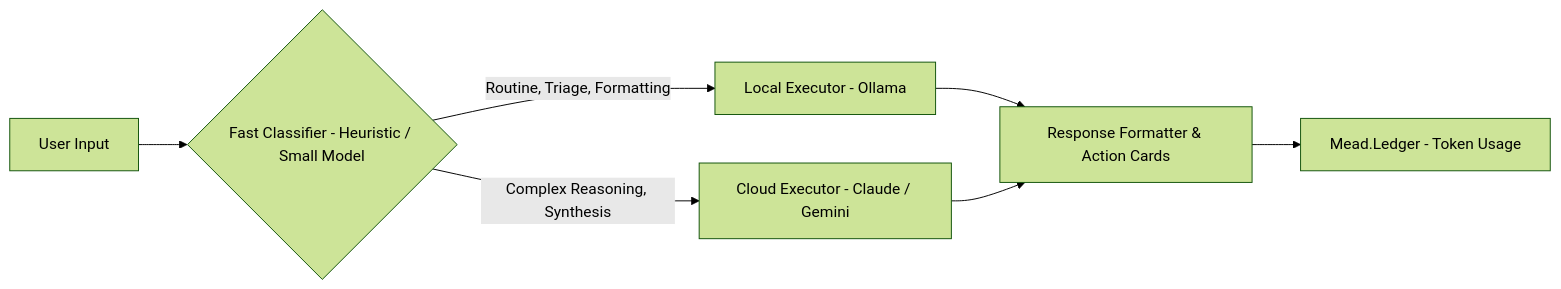
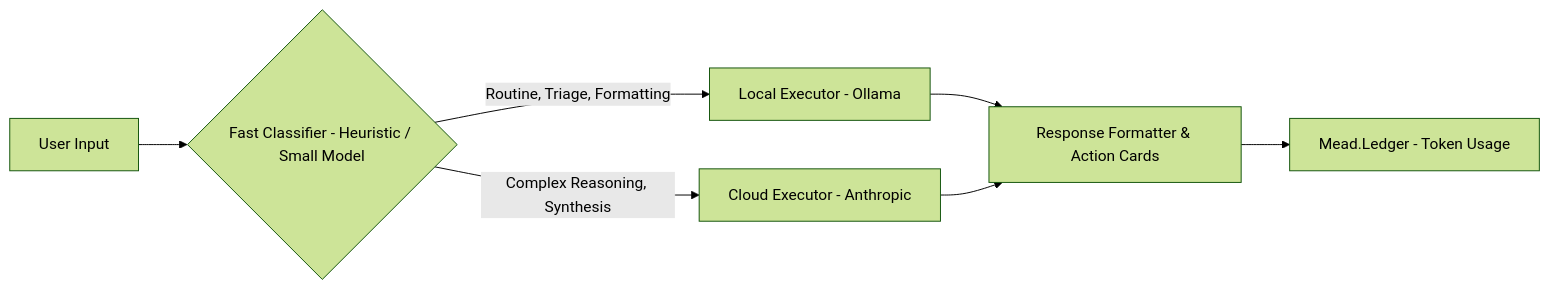
One commit to albertosca/mead changed the second of 2 diagrams in docs/ARCHITECTURE.md. Above: the diagram before and after it, drawn with Mermaid (forest theme). The commit also changed other lines of this file and 17 other files, not shown here.

First line of the commit message:
Add a bilingual docs site and fix two stale claims in the architecture doc

````diff
--- a/docs/ARCHITECTURE.md
+++ b/docs/ARCHITECTURE.md
@@ -56,9 +56,9 @@
 ```mermaid
 flowchart LR
     Msg["User Input"] --> Classifier{"Fast Classifier - Heuristic / Small Model"}
     Classifier -->|"Routine, Triage, Formatting"| LocalExec["Local Executor - Ollama"]
-    Classifier -->|"Complex Reasoning, Synthesis"| CloudExec["Cloud Executor - Claude / Gemini"]
+    Classifier -->|"Complex Reasoning, Synthesis"| CloudExec["Cloud Executor - Anthropic"]
     LocalExec --> TurnHandler["Response Formatter & Action Cards"]
     CloudExec --> TurnHandler
     TurnHandler --> Ledger["Mead.Ledger - Token Usage"]
 ```
````
